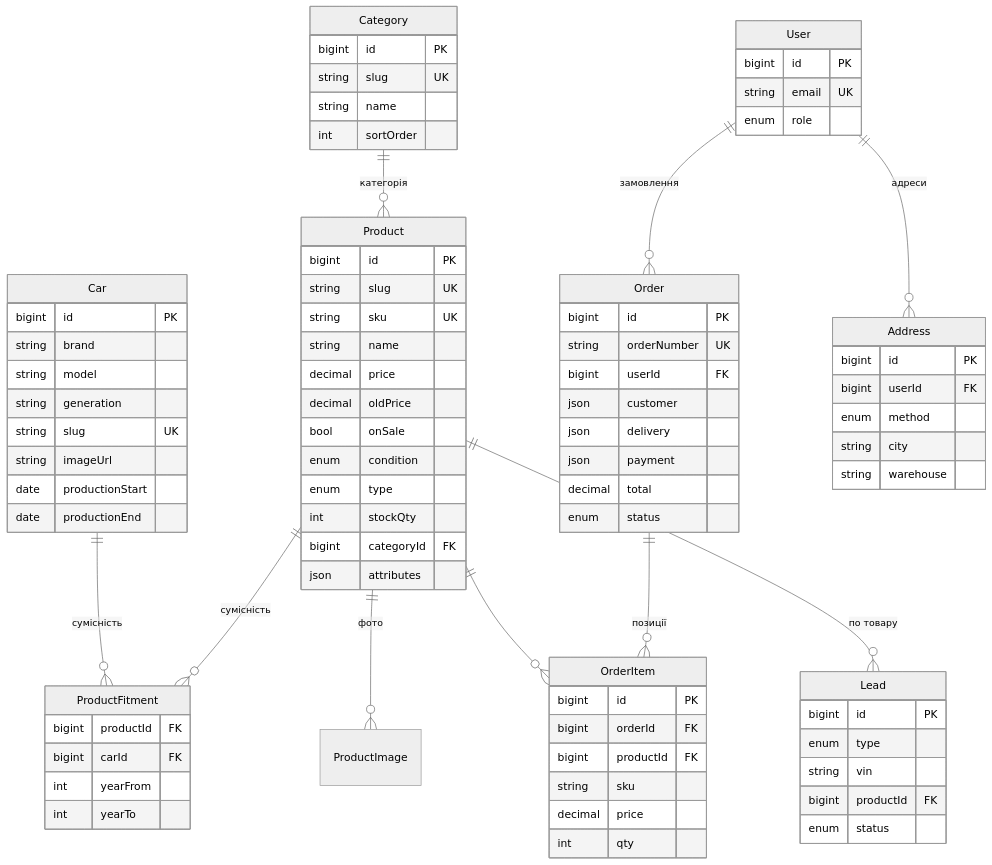
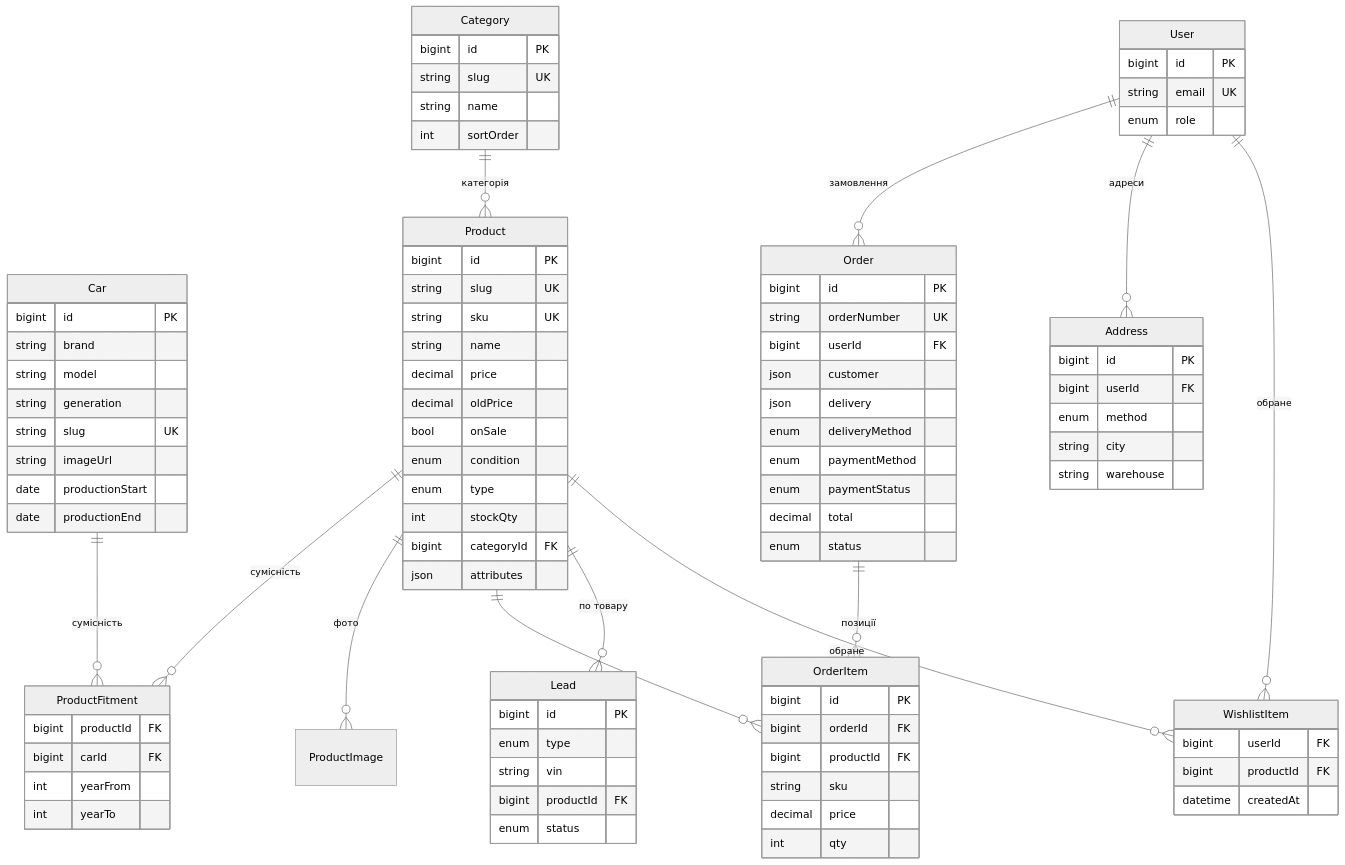
One commit to vvbogdanovih/tesla-meta changed the diagram in docs/db-schema.md. Above: the diagram before and after it, drawn with Mermaid (neutral theme). The commit also changed other lines of this file and 48 other files, not shown here.

````diff
--- a/docs/db-schema.md
+++ b/docs/db-schema.md
@@ -22,6 +22,8 @@
   User            ||--o{ Order          : "замовлення"
   User            ||--o{ Address        : "адреси"
   Product         ||--o{ Lead           : "по товару"
+  User            ||--o{ WishlistItem   : "обране"
+  Product         ||--o{ WishlistItem   : "обране"
 
   Car {
     bigint id PK
@@ -65,7 +67,9 @@
     bigint userId FK
     json   customer
     json   delivery
-    json   payment
+    enum   deliveryMethod
+    enum   paymentMethod
+    enum   paymentStatus
     decimal total
     enum   status
   }
@@ -96,4 +100,9 @@
     bigint productId FK
     enum   status
   }
+  WishlistItem {
+    bigint userId FK
+    bigint productId FK
+    datetime createdAt
+  }
 ```
````
